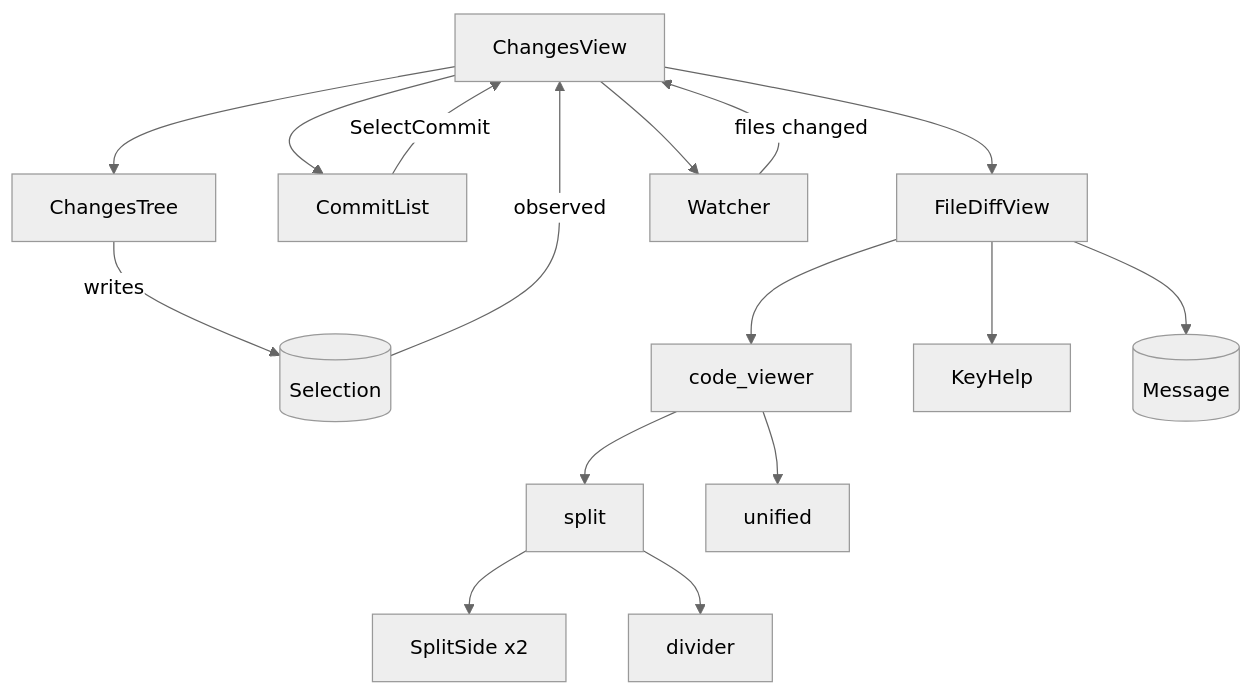
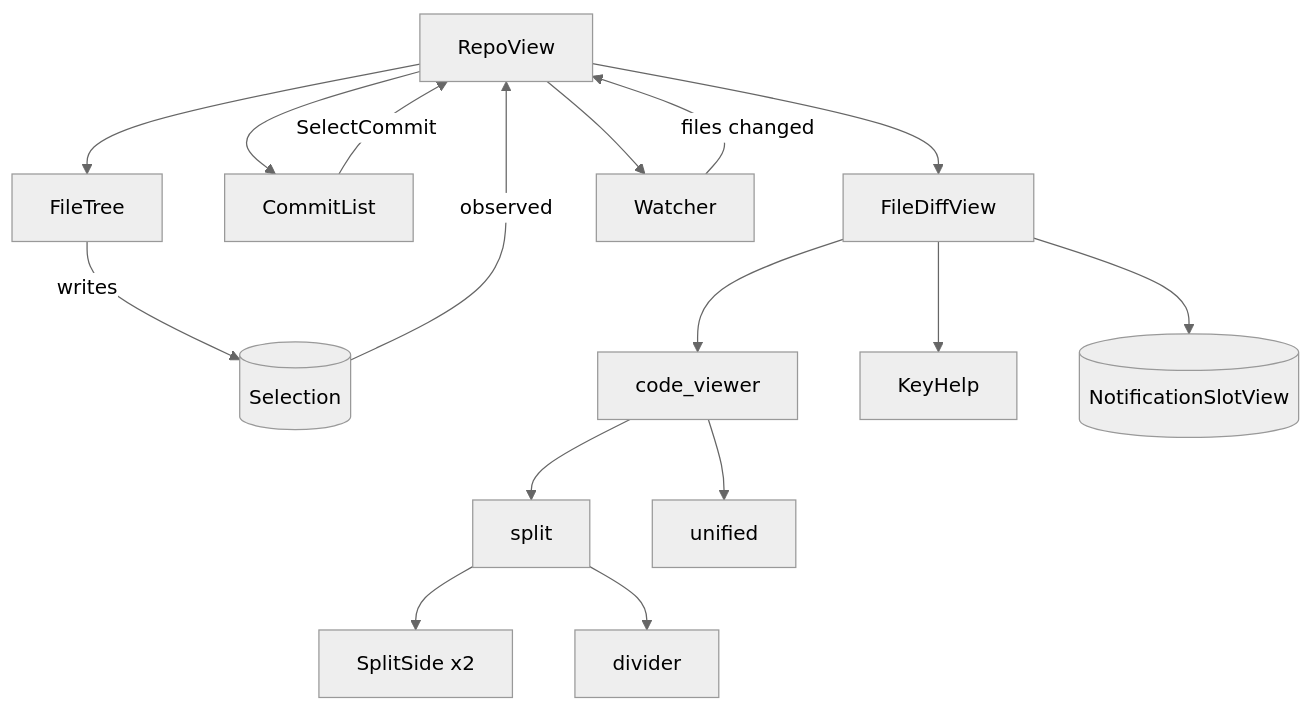
Before and after one commit to akemkers/jetdiff: the diagram in crates/jetdiff-ui/README.md, drawn with Mermaid (neutral theme). The commit also changed other lines of this file and 96 other files, not shown here.

````diff
--- a/crates/jetdiff-ui/README.md
+++ b/crates/jetdiff-ui/README.md
@@ -38,18 +38,18 @@
 ```mermaid
 graph TD
-    cv[ChangesView] --> tree[ChangesTree]
-    cv --> commits[CommitList]
-    cv --> fdv[FileDiffView]
-    cv --> watcher[Watcher]
+    rv[RepoView] --> tree[FileTree]
+    rv --> commits[CommitList]
+    rv --> fdv[FileDiffView]
+    rv --> watcher[Watcher]
     tree -- writes --> sel[(Selection)]
-    sel -- observed --> cv
-    commits -- SelectCommit --> cv
-    watcher -- files changed --> cv
+    sel -- observed --> rv
+    commits -- SelectCommit --> rv
+    watcher -- files changed --> rv
     fdv --> viewer[code_viewer]
     viewer --> split[split]
     viewer --> unified[unified]
     split --> side[SplitSide x2]
     split --> div[divider]
     fdv --> help[KeyHelp]
-    fdv --> msg[(Message)]
+    fdv --> slot[(NotificationSlotView)]
 ```
````
